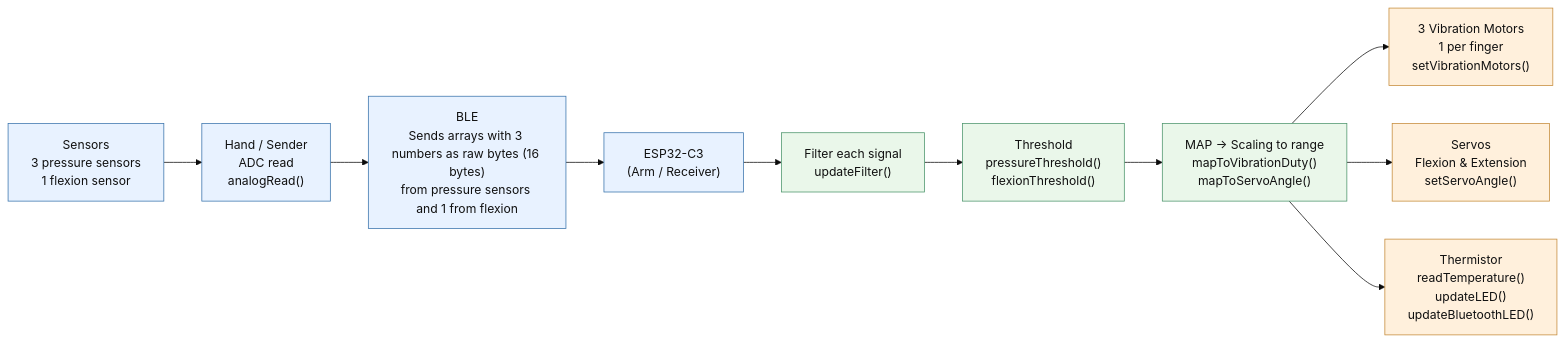
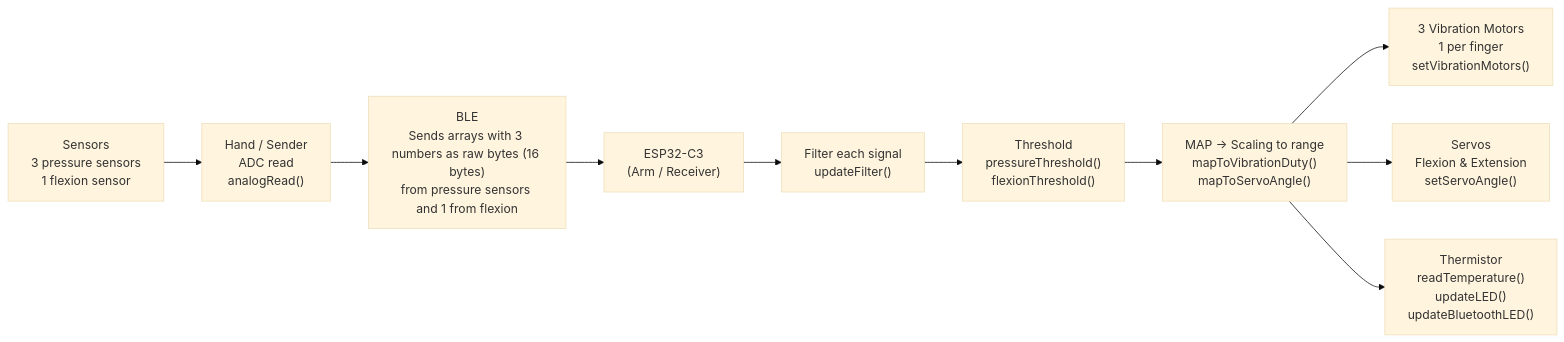
Before and after one commit to N-Pulse/Haptics-2026: the second of 2 diagrams in SDR/DSD_Haptics-01.md, drawn with Mermaid (base theme).

````diff
--- a/SDR/DSD_Haptics-01.md
+++ b/SDR/DSD_Haptics-01.md
@@ -259,31 +259,24 @@
 ```mermaid
 flowchart LR
     A["Sensors<br/>3 pressure sensors<br/>1 flexion sensor"]
     B["Hand / Sender<br/>ADC read<br/>analogRead()"]
     C["BLE<br/>Sends arrays with 3 numbers as raw bytes (16 bytes)<br/>from pressure sensors and 1 from flexion"]
     D["ESP32-C3<br/>(Arm / Receiver)"]
     E["Filter each signal<br/>updateFilter()"]
     F["Threshold<br/>pressureThreshold()<br/>flexionThreshold()"]
     G["MAP → Scaling to range<br/>mapToVibrationDuty()<br/>mapToServoAngle()"]
     H["3 Vibration Motors<br/>1 per finger<br/>setVibrationMotors()"]
     I["Servos<br/>Flexion & Extension<br/>setServoAngle()"]
     J["Thermistor<br/>readTemperature()<br/>updateLED()<br/>updateBluetoothLED()"]
 
     A --> B
     B --> C
     C --> D
     D --> E
     E --> F
     F --> G
     G --> H
     G --> I
     G --> J
 
-    classDef sensors fill:#e8f2ff,stroke:#3973ac,color:#111;
-    classDef processing fill:#eaf7ea,stroke:#4c956c,color:#111;
-    classDef output fill:#fff0dc,stroke:#c58b39,color:#111;
-
-    class A,B,C,D sensors;
-    class E,F,G processing;
-    class H,I,J output;
 ```
````
